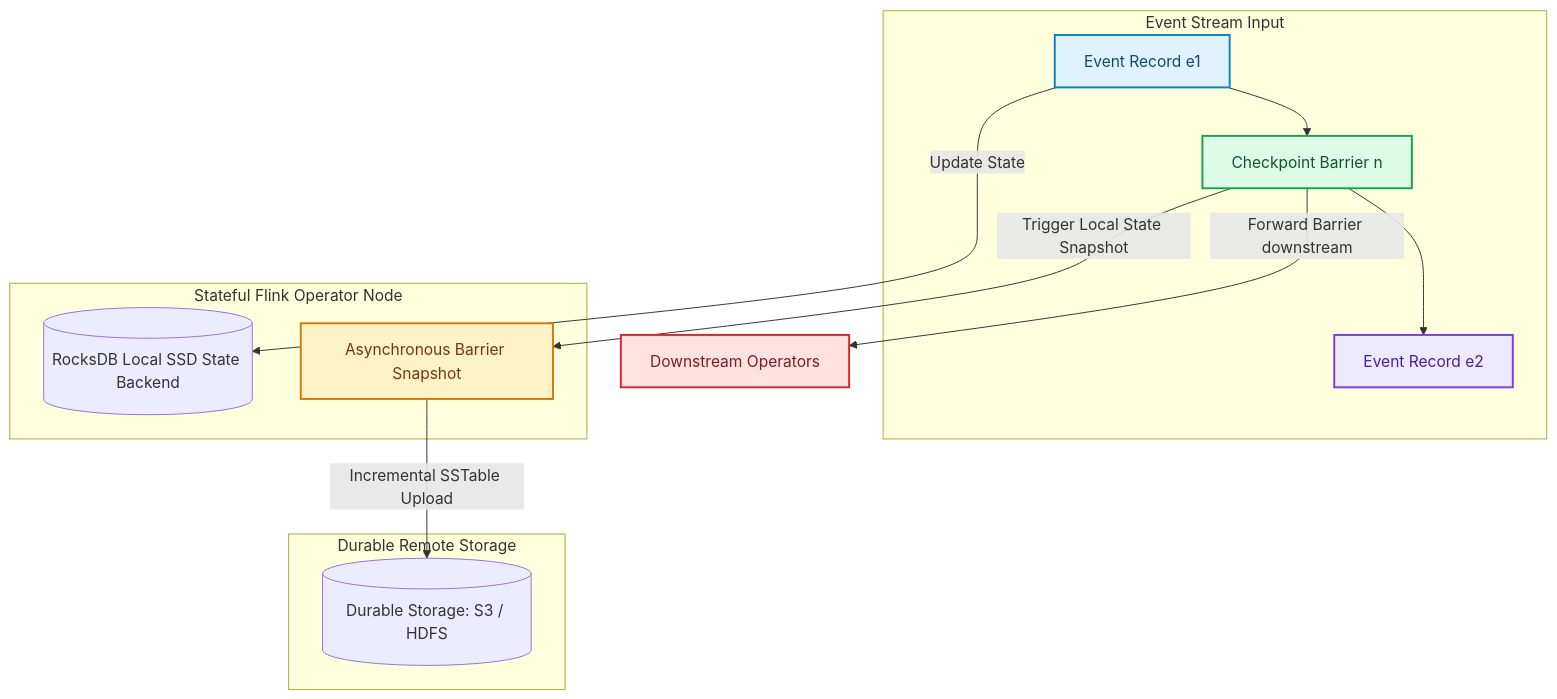
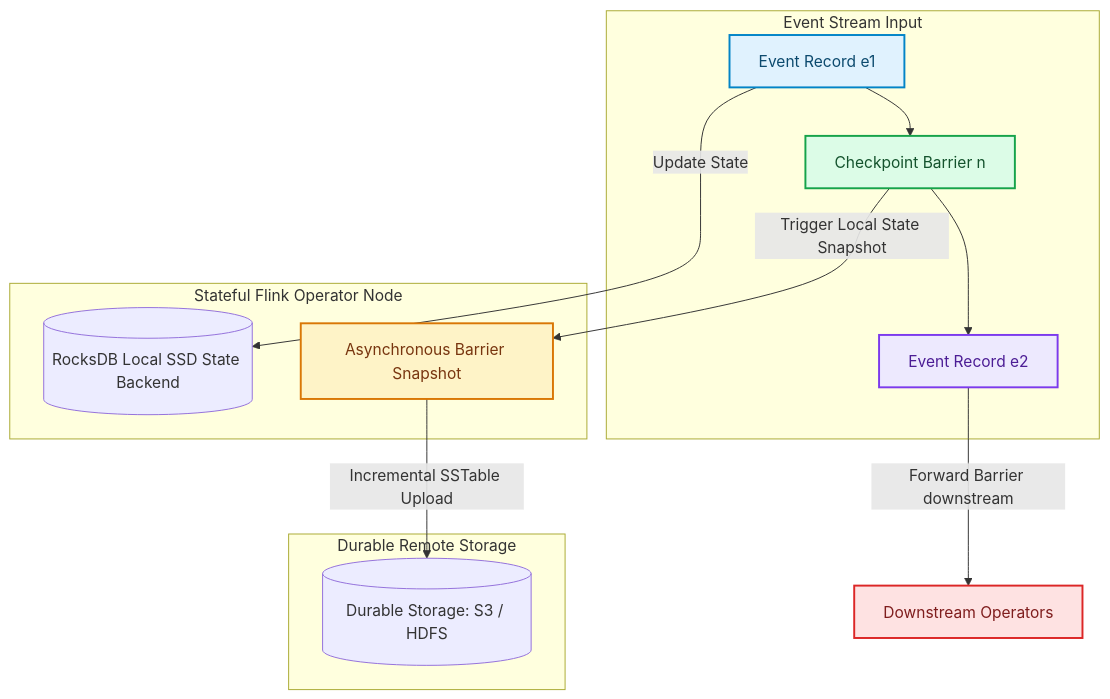
The diagram in blog/posts/stateful-stream-processing-apache-flink-rocksdb-checkpointing.md (akmalkhaniub/akmalkhaniub.github.io), drawn with Mermaid before and after one commit. The commit also changed other lines of this file and 894 other files, not shown here.

Commit message:
feat(blog): upgrade all 444 posts with unique staggered dates, 2-col Mermaid spines, benchmark tables, code blocks, and trade-offs

````diff
--- a/blog/posts/stateful-stream-processing-apache-flink-rocksdb-checkpointing.md
+++ b/blog/posts/stateful-stream-processing-apache-flink-rocksdb-checkpointing.md
@@ -17,29 +17,29 @@
 ```mermaid
 flowchart TD
   subgraph SG1_EventStreamInput ["Event Stream Input"]
     S1["Event Record e1"] --> B1["Checkpoint Barrier n"]
     B1 --> S2["Event Record e2"]
   end
   
   subgraph SG2_StatefulFlinkOperator ["Stateful Flink Operator Node"]
     S1 -->|Update State| R[(RocksDB Local SSD State Backend)]
     B1 -->|Trigger Local State Snapshot| ABS["Asynchronous Barrier Snapshot"]
   end
   
   subgraph SG3_DurableRemoteStorage ["Durable Remote Storage"]
     ABS -->|Incremental SSTable Upload| S3[(Durable Storage: S3 / HDFS)]
   end
   
-  B1 -->|Forward Barrier downstream| OUT["Downstream Operators"]
+  S2 --> |Forward Barrier downstream| OUT["Downstream Operators"]
 
 classDef green fill:#dcfce7,stroke:#16a34a,stroke-width:2px,color:#14532d;
 classDef red fill:#fee2e2,stroke:#dc2626,stroke-width:2px,color:#7f1d1d;
 classDef blue fill:#e0f2fe,stroke:#0284c7,stroke-width:2px,color:#0c4a6e;
 classDef yellow fill:#fef3c7,stroke:#d97706,stroke-width:2px,color:#78350f;
 classDef purple fill:#ede9fe,stroke:#7c3aed,stroke-width:2px,color:#4c1d95;
 class S1 blue
 class B1 green
 class S2 purple
 class ABS yellow
 class OUT red
 ```
````
